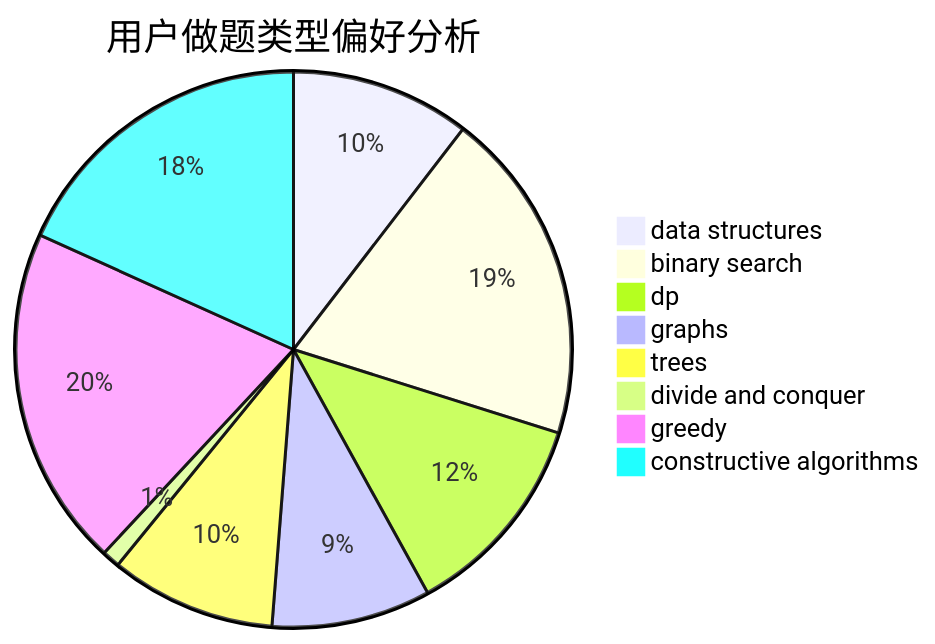
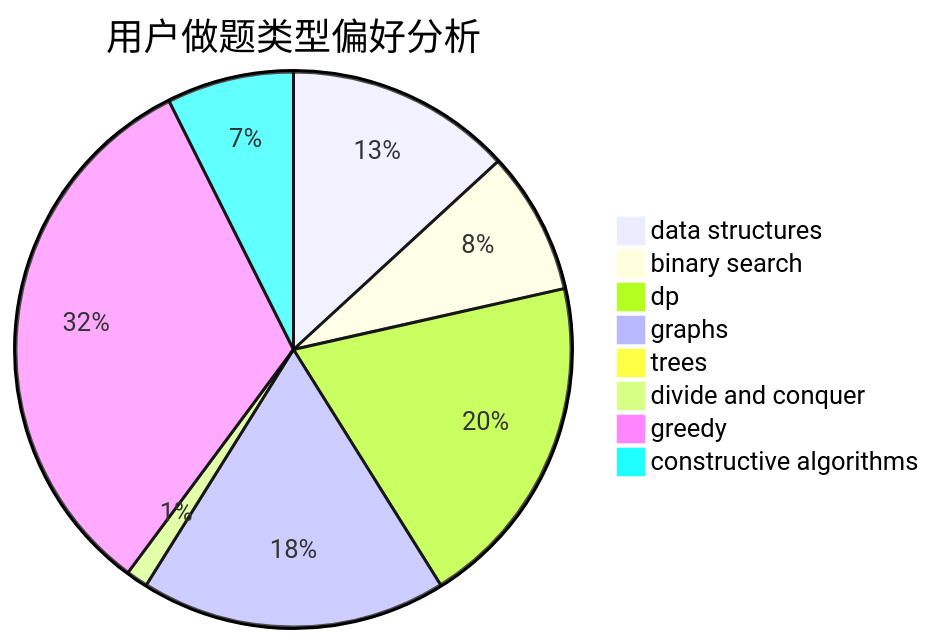
The second of 3 diagrams in docs/user/u1198.md (sherpahu/cfrs.github.io), drawn with Mermaid before and after one commit. The commit also changed other lines of this file and 2770 other files, not shown here.

````diff
--- a/docs/user/u1198.md
+++ b/docs/user/u1198.md
@@ -23,11 +23,11 @@
 ```mermaid
 pie title 用户做题类型偏好分析
-    "data structures" :  80
-    "binary search" :  149
-    "dp" :  93
-    "graphs" :  71
-    "trees" :  74
-    "divide and conquer" :  8
-    "greedy" :  152
-    "constructive algorithms" :  140
+    "data structures" :  114
+    "binary search" :  72
+    "dp" :  170
+    "graphs" :  154
+    "trees" :  4
+    "divide and conquer" :  11
+    "greedy" :  281
+    "constructive algorithms" :  64
 ```
````
